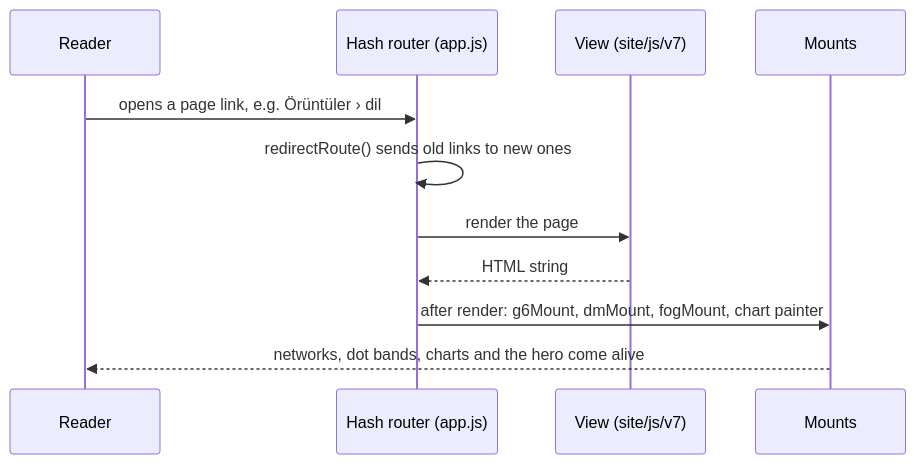
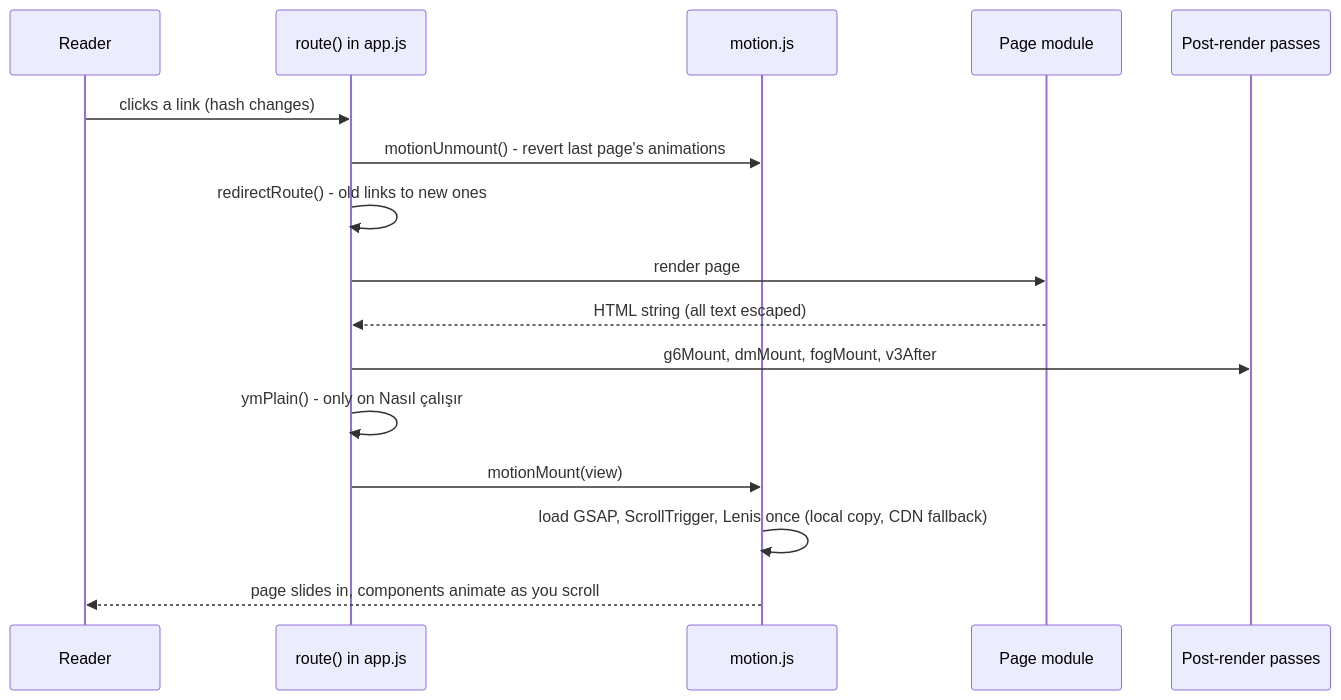
One commit to aylinunel/caprazmansetnov26 changed the sixth of 10 diagrams in README.md. Above: the diagram before and after it, drawn with Mermaid. The commit also changed other lines of this file, not shown here.

First line of the commit message:
docs: rewrite README around architecture diagrams

````diff
--- a/README.md
+++ b/README.md
@@ -337,13 +282,18 @@
 ```mermaid
 sequenceDiagram
-    participant R as Reader
-    participant H as Hash router (app.js)
-    participant V as View (site/js/v7)
-    participant M as Mounts
-    R->>H: opens a page link, e.g. Örüntüler › dil
-    H->>H: redirectRoute() sends old links to new ones
-    H->>V: render the page
-    V-->>H: HTML string
-    H->>M: after render: g6Mount, dmMount, fogMount, chart painter
-    M-->>R: networks, dot bands, charts and the hero come alive
+    participant U as Reader
+    participant R as route() in app.js
+    participant M as motion.js
+    participant V as Page module
+    participant X as Post-render passes
+    U->>R: clicks a link (hash changes)
+    R->>M: motionUnmount() - revert last page's animations
+    R->>R: redirectRoute() - old links to new ones
+    R->>V: render page
+    V-->>R: HTML string (all text escaped)
+    R->>X: g6Mount, dmMount, fogMount, v3After
+    R->>R: ymPlain() - only on Nasıl çalışır
+    R->>M: motionMount(view)
+    M->>M: load GSAP, ScrollTrigger, Lenis once (local copy, CDN fallback)
+    M-->>U: page slides in, components animate as you scroll
 ```
````
